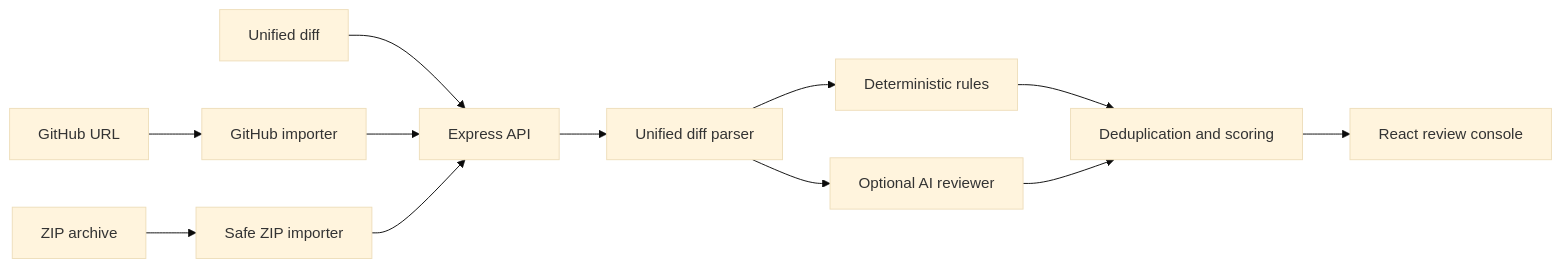
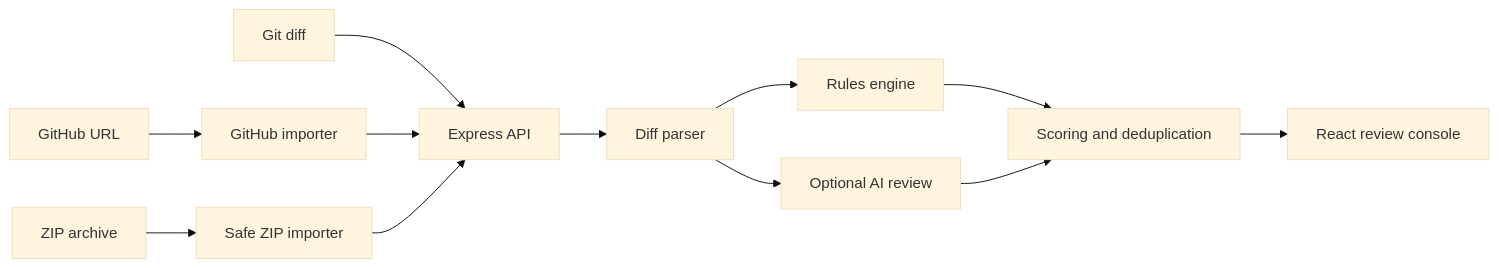
The diagram in README.md (omkarshirole/Autonomous-Code-Review-Agent), drawn with Mermaid (base theme) before and after one commit. The commit also changed other lines of this file, not shown here.

````diff
--- a/README.md
+++ b/README.md
@@ -102,16 +76,13 @@
 ```mermaid
 flowchart LR
-    D[Unified diff] --> API[Express API]
-    G[GitHub URL] --> GI[GitHub importer]
-    Z[ZIP archive] --> ZI[Safe ZIP importer]
+    D[Git diff] --> API[Express API]
+    G[GitHub URL] --> GI[GitHub importer] --> API
+    Z[ZIP archive] --> ZI[Safe ZIP importer] --> API
 
-    GI --> API
-    ZI --> API
-
-    API --> P[Unified diff parser]
-    P --> R[Deterministic rules]
-    P --> AI[Optional AI reviewer]
-    R --> M[Deduplication and scoring]
-    AI --> M
-    M --> UI[React review console]
+    API --> P[Diff parser]
+    P --> R[Rules engine]
+    P --> AI[Optional AI review]
+    R --> S[Scoring and deduplication]
+    AI --> S
+    S --> UI[React review console]
 ```
````
